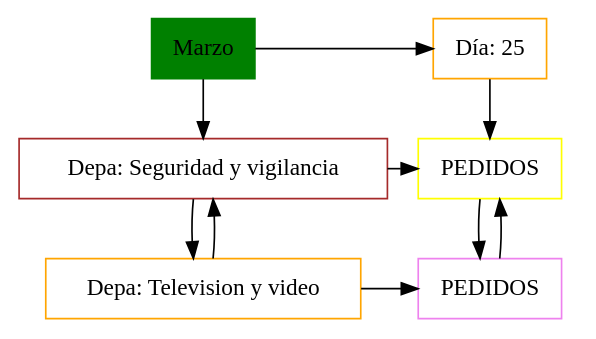
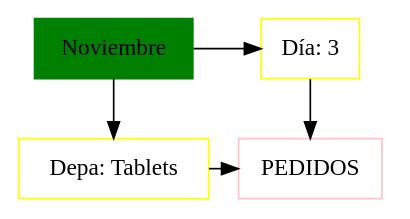
Before and after one commit to Daniel-Chicas/EDD_VirtualMall_201807079: the diagram in cliente/src/ImagenMatriz/Matriz.dot, drawn with Graphviz. The commit also changed 6 other files, not shown here.

```diff
--- a/cliente/src/ImagenMatriz/Matriz.dot
+++ b/cliente/src/ImagenMatriz/Matriz.dot
@@ -1,23 +1,15 @@
-digraph Daniel20213{
+digraph Daniel200811{
 node[shape=box];
-MT[label="Marzo", style = filled, color=green, group = 1];
+MT[label="Noviembre", style = filled, color=green, group = 1];
 e0[shape = point, width = 0];
 e0[shape = point, width = 0];
-node0xc0001591d0[color=brown, label="Depa: Seguridad y vigilancia", group = 1];
-MT->node0xc0001591d0;
-node0xc0001591d0->node0xc000042050;
-node0xc000042050[color=orange, label="Depa: Television y video", group = 1];
-node0xc000042050->node0xc0001591d0;
-node0xc000159220[color=orange, label="Día: 25", group = 2];
-MT->node0xc000159220;
-{rank = same;MT;node0xc000159220;}
-node0xc000144a88[color=yellow, label="PEDIDOS", group = 2];
-node0xc000159220->node0xc000144a88;
-node0xc000094458[color=violet, label="PEDIDOS", group = 2];
-node0xc000144a88->node0xc000094458;
-node0xc000094458->node0xc000144a88;
-node0xc0001591d0->node0xc000144a88;
-{rank = same;node0xc0001591d0;node0xc000144a88;}
-node0xc000042050->node0xc000094458;
-{rank = same;node0xc000042050;node0xc000094458;}
+node0xc000162730[color=yellow, label="Depa: Tablets", group = 1];
+MT->node0xc000162730;
+node0xc000162780[color=yellow, label="Día: 3", group = 2];
+MT->node0xc000162780;
+{rank = same;MT;node0xc000162780;}
+node0xc00016d218[color=pink, label="PEDIDOS", group = 2];
+node0xc000162780->node0xc00016d218;
+node0xc000162730->node0xc00016d218;
+{rank = same;node0xc000162730;node0xc00016d218;}
 }
```
